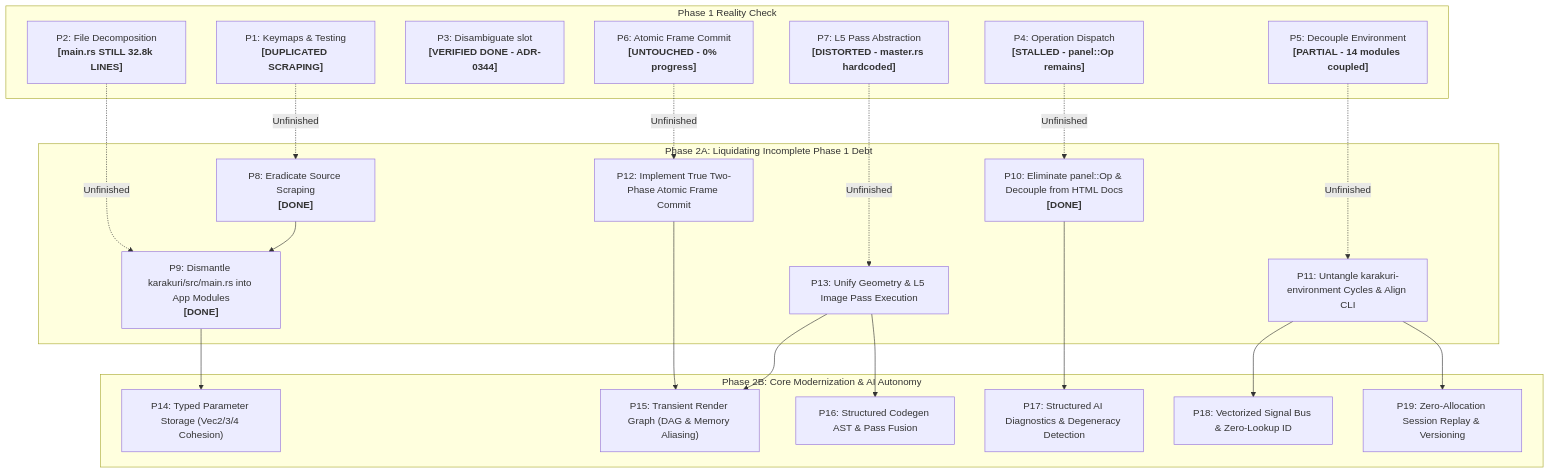
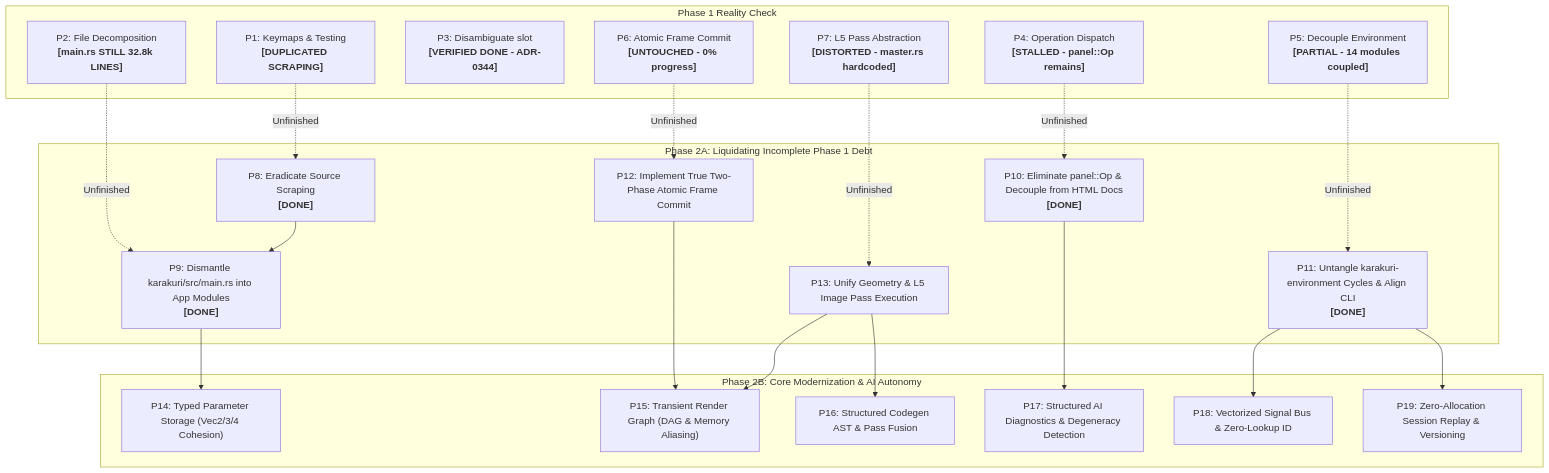
One commit to toyoshim-i/Karakuri changed the diagram in docs/refactoring.md. Above: the diagram before and after it, drawn with Mermaid. The commit also changed other lines of this file and 4 other files, not shown here.

First line of the commit message:
refactor(environment,cli): untangle compiler cycles and align CLI keys (P11)

````diff
--- a/docs/refactoring.md
+++ b/docs/refactoring.md
@@ -26,45 +26,45 @@
 ```mermaid
 graph TD
     subgraph Phase1Reality["Phase 1 Reality Check"]
         P1["P1: Keymaps & Testing<br/><b>[DUPLICATED SCRAPING]</b>"]
         P2["P2: File Decomposition<br/><b>[main.rs STILL 32.8k LINES]</b>"]
         P3["P3: Disambiguate slot<br/><b>[VERIFIED DONE - ADR-0344]</b>"]
         P4["P4: Operation Dispatch<br/><b>[STALLED - panel::Op remains]</b>"]
         P5["P5: Decouple Environment<br/><b>[PARTIAL - 14 modules coupled]</b>"]
         P6["P6: Atomic Frame Commit<br/><b>[UNTOUCHED - 0% progress]</b>"]
         P7["P7: L5 Pass Abstraction<br/><b>[DISTORTED - master.rs hardcoded]</b>"]
     end
 
     subgraph Phase2A["Phase 2A: Liquidating Incomplete Phase 1 Debt"]
         P8["P8: Eradicate Source Scraping<br/><b>[DONE]</b>"]
         P9["P9: Dismantle karakuri/src/main.rs into App Modules<br/><b>[DONE]</b>"]
         P10["P10: Eliminate panel::Op & Decouple from HTML Docs<br/><b>[DONE]</b>"]
-        P11["P11: Untangle karakuri-environment Cycles & Align CLI"]
+        P11["P11: Untangle karakuri-environment Cycles & Align CLI<br/><b>[DONE]</b>"]
         P12["P12: Implement True Two-Phase Atomic Frame Commit"]
         P13["P13: Unify Geometry & L5 Image Pass Execution"]
     end
 
     subgraph Phase2B["Phase 2B: Core Modernization & AI Autonomy"]
         P14["P14: Typed Parameter Storage (Vec2/3/4 Cohesion)"]
         P15["P15: Transient Render Graph (DAG & Memory Aliasing)"]
         P16["P16: Structured Codegen AST & Pass Fusion"]
         P17["P17: Structured AI Diagnostics & Degeneracy Detection"]
         P18["P18: Vectorized Signal Bus & Zero-Lookup ID"]
         P19["P19: Zero-Allocation Session Replay & Versioning"]
     end
 
     P1 -.->|Unfinished| P8
     P2 -.->|Unfinished| P9
     P4 -.->|Unfinished| P10
     P5 -.->|Unfinished| P11
     P6 -.->|Unfinished| P12
     P7 -.->|Unfinished| P13
     P8 --> P9
     P9 --> P14
     P12 --> P15
     P13 --> P15
     P13 --> P16
     P10 --> P17
     P11 --> P18
     P11 --> P19
 ```
````
